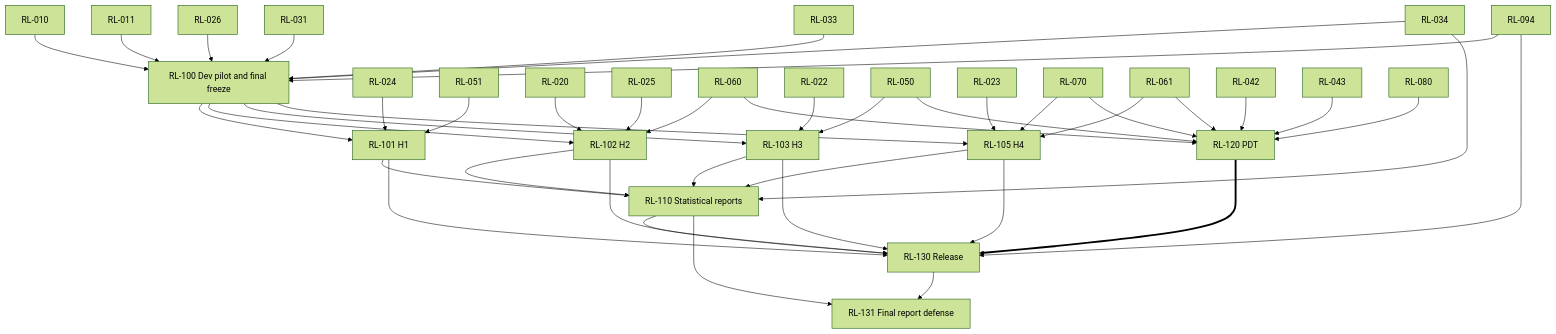
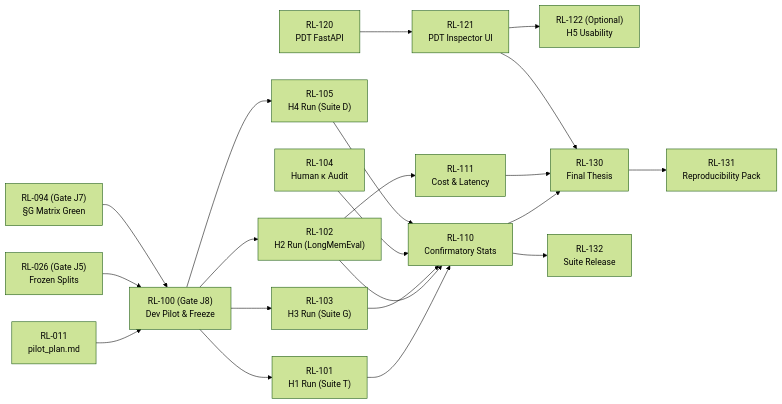
The fourth of 4 diagrams in research-lab/PLAN/DEPENDENCY_MAP.md (eMinders/ChronaMind), drawn with Mermaid (forest theme) before and after one commit. The commit also changed other lines of this file and 200 other files, not shown here.

````diff
--- a/research-lab/PLAN/DEPENDENCY_MAP.md
+++ b/research-lab/PLAN/DEPENDENCY_MAP.md
@@ -140,45 +188,49 @@
 ```mermaid
-flowchart TD
-    RL010[RL-010] --> RL100[RL-100 Dev pilot and final freeze]
-    RL011[RL-011] --> RL100
-    RL026[RL-026] --> RL100
-    RL031[RL-031] --> RL100
-    RL033[RL-033] --> RL100
-    RL034[RL-034] --> RL100
-    RL094[RL-094] --> RL100
-    RL100 --> RL101[RL-101 H1]
-    RL024[RL-024] --> RL101
-    RL051[RL-051] --> RL101
-    RL100 --> RL102[RL-102 H2]
-    RL020[RL-020] --> RL102
-    RL025[RL-025] --> RL102
-    RL060[RL-060] --> RL102
-    RL100 --> RL103[RL-103 H3]
-    RL022[RL-022] --> RL103
-    RL050[RL-050] --> RL103
-    RL100 --> RL105[RL-105 H4]
-    RL023[RL-023] --> RL105
-    RL070[RL-070] --> RL105
-    RL061[RL-061] --> RL105
-    RL101 --> RL110[RL-110 Statistical reports]
+flowchart LR
+    RL011["RL-011<br/>pilot_plan.md"]
+    RL026["RL-026 (Gate J5)<br/>Frozen Splits"]
+    RL094["RL-094 (Gate J7)<br/>§G Matrix Green"]
+
+    RL100["RL-100 (Gate J8)<br/>Dev Pilot & Freeze"]
+    RL101["RL-101<br/>H1 Run (Suite T)"]
+    RL102["RL-102<br/>H2 Run (LongMemEval)"]
+    RL103["RL-103<br/>H3 Run (Suite G)"]
+    RL104["RL-104<br/>Human κ Audit"]
+    RL105["RL-105<br/>H4 Run (Suite D)"]
+
+    RL110["RL-110<br/>Confirmatory Stats"]
+    RL111["RL-111<br/>Cost & Latency"]
+
+    RL120["RL-120<br/>PDT FastAPI"]
+    RL121["RL-121<br/>PDT Inspector UI"]
+    RL122["RL-122 (Optional)<br/>H5 Usability"]
+
+    RL130["RL-130<br/>Final Thesis"]
+    RL131["RL-131<br/>Reproducibility Pack"]
+    RL132["RL-132<br/>Suite Release"]
+
+    RL011 --> RL100
+    RL026 --> RL100
+    RL094 --> RL100
+
+    RL100 --> RL101
+    RL100 --> RL102
+    RL100 --> RL103
+    RL100 --> RL105
+
+    RL101 --> RL110
     RL102 --> RL110
     RL103 --> RL110
+    RL104 --> RL110
     RL105 --> RL110
-    RL034 --> RL110
-    RL042[RL-042] --> RL120[RL-120 PDT]
-    RL043[RL-043] --> RL120
-    RL050 --> RL120
-    RL060 --> RL120
-    RL061 --> RL120
-    RL070 --> RL120
-    RL080[RL-080] --> RL120
-    RL101 --> RL130[RL-130 Release]
-    RL102 --> RL130
-    RL103 --> RL130
-    RL105 --> RL130
+    RL102 --> RL111
+
+    RL120 --> RL121
+    RL121 --> RL122
+
     RL110 --> RL130
-    RL094 --> RL130
-    RL120 ==> RL130
-    RL110 --> RL131[RL-131 Final report defense]
+    RL111 --> RL130
+    RL121 --> RL130
     RL130 --> RL131
+    RL110 --> RL132
 ```
````
